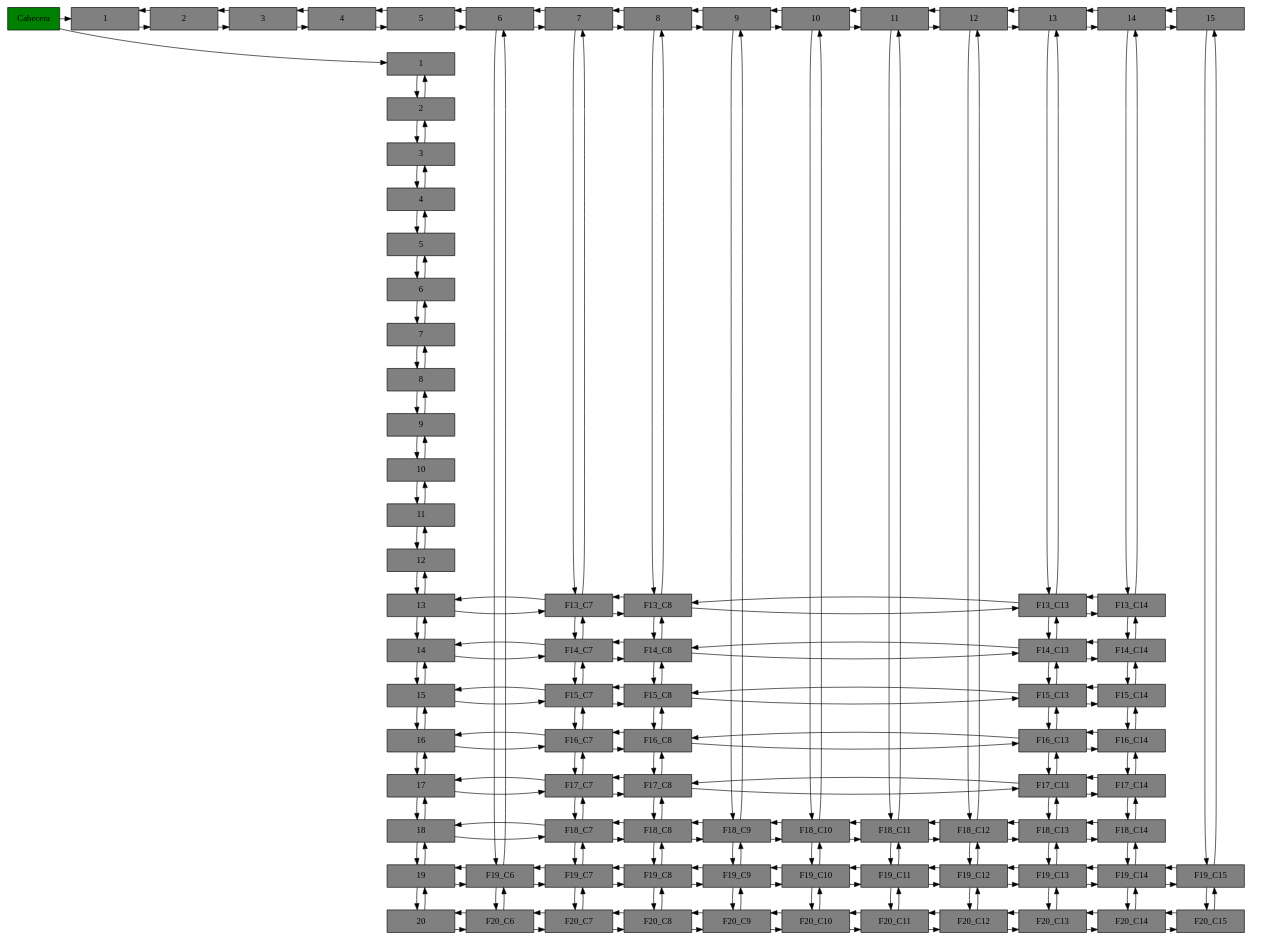
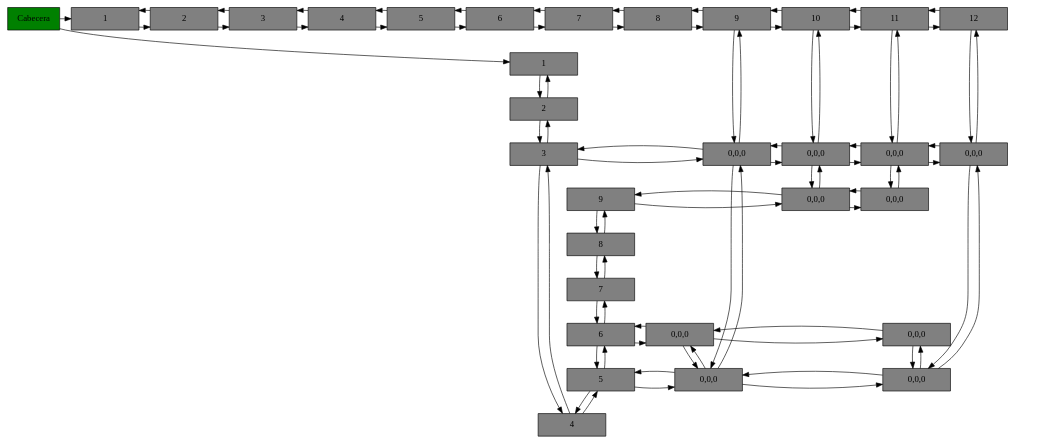
One commit to elimazariegos/EDD_2S2019_PY1_201709426 changed the diagram in ca.dot. Above: the diagram before and after it, drawn with Graphviz. The commit also changed 23 other files, not shown here.

```diff
--- a/ca.dot
+++ b/ca.dot
@@ -33,50 +33,6 @@
 f8->f9
 f9->f8
 f9[label="9"width = 1.5 style=filled, fillcolor=gray, group= 0 ]
-f10[label="10"width = 1.5 style=filled, fillcolor=gray, group= 0 ]
-f9->f10
-f10->f9
-f10[label="10"width = 1.5 style=filled, fillcolor=gray, group= 0 ]
-f11[label="11"width = 1.5 style=filled, fillcolor=gray, group= 0 ]
-f10->f11
-f11->f10
-f11[label="11"width = 1.5 style=filled, fillcolor=gray, group= 0 ]
-f12[label="12"width = 1.5 style=filled, fillcolor=gray, group= 0 ]
-f11->f12
-f12->f11
-f12[label="12"width = 1.5 style=filled, fillcolor=gray, group= 0 ]
-f13[label="13"width = 1.5 style=filled, fillcolor=gray, group= 0 ]
-f12->f13
-f13->f12
-f13[label="13"width = 1.5 style=filled, fillcolor=gray, group= 0 ]
-f14[label="14"width = 1.5 style=filled, fillcolor=gray, group= 0 ]
-f13->f14
-f14->f13
-f14[label="14"width = 1.5 style=filled, fillcolor=gray, group= 0 ]
-f15[label="15"width = 1.5 style=filled, fillcolor=gray, group= 0 ]
-f14->f15
-f15->f14
-f15[label="15"width = 1.5 style=filled, fillcolor=gray, group= 0 ]
-f16[label="16"width = 1.5 style=filled, fillcolor=gray, group= 0 ]
-f15->f16
-f16->f15
-f16[label="16"width = 1.5 style=filled, fillcolor=gray, group= 0 ]
-f17[label="17"width = 1.5 style=filled, fillcolor=gray, group= 0 ]
-f16->f17
-f17->f16
-f17[label="17"width = 1.5 style=filled, fillcolor=gray, group= 0 ]
-f18[label="18"width = 1.5 style=filled, fillcolor=gray, group= 0 ]
-f17->f18
-f18->f17
-f18[label="18"width = 1.5 style=filled, fillcolor=gray, group= 0 ]
-f19[label="19"width = 1.5 style=filled, fillcolor=gray, group= 0 ]
-f18->f19
-f19->f18
-f19[label="19"width = 1.5 style=filled, fillcolor=gray, group= 0 ]
-f20[label="20"width = 1.5 style=filled, fillcolor=gray, group= 0 ]
-f19->f20
-f20->f19
-f20[label="20"width = 1.5 style=filled, fillcolor=gray, group= 0 ]
 c1[label="1"width = 1.5 style=filled, fillcolor=gray, group= 1 ]
 c2[label="2"width = 1.5 style=filled, fillcolor=gray, group= 2 ]
 c1->c2
@@ -122,260 +78,68 @@
 c11->c12
 c12->c11
 c12[label="12"width = 1.5 style=filled, fillcolor=gray, group= 12 ]
-c13[label="13"width = 1.5 style=filled, fillcolor=gray, group= 13 ]
-c12->c13
-c13->c12
-c13[label="13"width = 1.5 style=filled, fillcolor=gray, group= 13 ]
-c14[label="14"width = 1.5 style=filled, fillcolor=gray, group= 14 ]
-c13->c14
-c14->c13
-c14[label="14"width = 1.5 style=filled, fillcolor=gray, group= 14 ]
-c15[label="15"width = 1.5 style=filled, fillcolor=gray, group= 15 ]
-c14->c15
-c15->c14
-c15[label="15"width = 1.5 style=filled, fillcolor=gray, group= 15 ]
-F13_C7[width = 1.5 style=filled, fillcolor=gray, group= 7, rank = f13;]
-F13_C7->F13_C8
-F13_C7->F14_C7
-f13->F13_C7
-F13_C7->f13
-c7->F13_C7
-F13_C7->c7
-F13_C8[width = 1.5 style=filled, fillcolor=gray, group= 8, rank = f13;]
-F13_C8->F13_C13
-F13_C8->F14_C8
-F13_C8->F13_C7
-c8->F13_C8
-F13_C8->c8
-F13_C13[width = 1.5 style=filled, fillcolor=gray, group= 13, rank = f13;]
-F13_C13->F13_C14
-F13_C13->F14_C13
-F13_C13->F13_C8
-c13->F13_C13
-F13_C13->c13
-F13_C14[width = 1.5 style=filled, fillcolor=gray, group= 14, rank = f13;]
-F13_C14->F14_C14
-F13_C14->F13_C13
-c14->F13_C14
-F13_C14->c14
-F14_C7[width = 1.5 style=filled, fillcolor=gray, group= 7, rank = f14;]
-F14_C7->F14_C8
-F14_C7->F15_C7
-F14_C7->F13_C7
-f14->F14_C7
-F14_C7->f14
-F14_C8[width = 1.5 style=filled, fillcolor=gray, group= 8, rank = f14;]
-F14_C8->F14_C13
-F14_C8->F15_C8
-F14_C8->F13_C8
-F14_C8->F14_C7
-F14_C13[width = 1.5 style=filled, fillcolor=gray, group= 13, rank = f14;]
-F14_C13->F14_C14
-F14_C13->F15_C13
-F14_C13->F13_C13
-F14_C13->F14_C8
-F14_C14[width = 1.5 style=filled, fillcolor=gray, group= 14, rank = f14;]
-F14_C14->F15_C14
-F14_C14->F13_C14
-F14_C14->F14_C13
-F15_C7[width = 1.5 style=filled, fillcolor=gray, group= 7, rank = f15;]
-F15_C7->F15_C8
-F15_C7->F16_C7
-F15_C7->F14_C7
-f15->F15_C7
-F15_C7->f15
-F15_C8[width = 1.5 style=filled, fillcolor=gray, group= 8, rank = f15;]
-F15_C8->F15_C13
-F15_C8->F16_C8
-F15_C8->F14_C8
-F15_C8->F15_C7
-F15_C13[width = 1.5 style=filled, fillcolor=gray, group= 13, rank = f15;]
-F15_C13->F15_C14
-F15_C13->F16_C13
-F15_C13->F14_C13
-F15_C13->F15_C8
-F15_C14[width = 1.5 style=filled, fillcolor=gray, group= 14, rank = f15;]
-F15_C14->F16_C14
-F15_C14->F14_C14
-F15_C14->F15_C13
-F16_C7[width = 1.5 style=filled, fillcolor=gray, group= 7, rank = f16;]
-F16_C7->F16_C8
-F16_C7->F17_C7
-F16_C7->F15_C7
-f16->F16_C7
-F16_C7->f16
-F16_C8[width = 1.5 style=filled, fillcolor=gray, group= 8, rank = f16;]
-F16_C8->F16_C13
-F16_C8->F17_C8
-F16_C8->F15_C8
-F16_C8->F16_C7
-F16_C13[width = 1.5 style=filled, fillcolor=gray, group= 13, rank = f16;]
-F16_C13->F16_C14
-F16_C13->F17_C13
-F16_C13->F15_C13
-F16_C13->F16_C8
-F16_C14[width = 1.5 style=filled, fillcolor=gray, group= 14, rank = f16;]
-F16_C14->F17_C14
-F16_C14->F15_C14
-F16_C14->F16_C13
-F17_C7[width = 1.5 style=filled, fillcolor=gray, group= 7, rank = f17;]
-F17_C7->F17_C8
-F17_C7->F18_C7
-F17_C7->F16_C7
-f17->F17_C7
-F17_C7->f17
-F17_C8[width = 1.5 style=filled, fillcolor=gray, group= 8, rank = f17;]
-F17_C8->F17_C13
-F17_C8->F18_C8
-F17_C8->F16_C8
-F17_C8->F17_C7
-F17_C13[width = 1.5 style=filled, fillcolor=gray, group= 13, rank = f17;]
-F17_C13->F17_C14
-F17_C13->F18_C13
-F17_C13->F16_C13
-F17_C13->F17_C8
-F17_C14[width = 1.5 style=filled, fillcolor=gray, group= 14, rank = f17;]
-F17_C14->F18_C14
-F17_C14->F16_C14
-F17_C14->F17_C13
-F18_C7[width = 1.5 style=filled, fillcolor=gray, group= 7, rank = f18;]
-F18_C7->F18_C8
-F18_C7->F19_C7
-F18_C7->F17_C7
-f18->F18_C7
-F18_C7->f18
-F18_C8[width = 1.5 style=filled, fillcolor=gray, group= 8, rank = f18;]
-F18_C8->F18_C9
-F18_C8->F19_C8
-F18_C8->F17_C8
-F18_C8->F18_C7
-F18_C9[width = 1.5 style=filled, fillcolor=gray, group= 9, rank = f18;]
-F18_C9->F18_C10
-F18_C9->F19_C9
-F18_C9->F18_C8
-c9->F18_C9
-F18_C9->c9
-F18_C10[width = 1.5 style=filled, fillcolor=gray, group= 10, rank = f18;]
-F18_C10->F18_C11
-F18_C10->F19_C10
-F18_C10->F18_C9
-c10->F18_C10
-F18_C10->c10
-F18_C11[width = 1.5 style=filled, fillcolor=gray, group= 11, rank = f18;]
-F18_C11->F18_C12
-F18_C11->F19_C11
-F18_C11->F18_C10
-c11->F18_C11
-F18_C11->c11
-F18_C12[width = 1.5 style=filled, fillcolor=gray, group= 12, rank = f18;]
-F18_C12->F18_C13
-F18_C12->F19_C12
-F18_C12->F18_C11
-c12->F18_C12
-F18_C12->c12
-F18_C13[width = 1.5 style=filled, fillcolor=gray, group= 13, rank = f18;]
-F18_C13->F18_C14
-F18_C13->F19_C13
-F18_C13->F17_C13
-F18_C13->F18_C12
-F18_C14[width = 1.5 style=filled, fillcolor=gray, group= 14, rank = f18;]
-F18_C14->F19_C14
-F18_C14->F17_C14
-F18_C14->F18_C13
-F19_C6[width = 1.5 style=filled, fillcolor=gray, group= 6, rank = f19;]
-F19_C6->F19_C7
-F19_C6->F20_C6
-f19->F19_C6
-F19_C6->f19
-c6->F19_C6
-F19_C6->c6
-F19_C7[width = 1.5 style=filled, fillcolor=gray, group= 7, rank = f19;]
-F19_C7->F19_C8
-F19_C7->F20_C7
-F19_C7->F18_C7
-F19_C7->F19_C6
-F19_C8[width = 1.5 style=filled, fillcolor=gray, group= 8, rank = f19;]
-F19_C8->F19_C9
-F19_C8->F20_C8
-F19_C8->F18_C8
-F19_C8->F19_C7
-F19_C9[width = 1.5 style=filled, fillcolor=gray, group= 9, rank = f19;]
-F19_C9->F19_C10
-F19_C9->F20_C9
-F19_C9->F18_C9
-F19_C9->F19_C8
-F19_C10[width = 1.5 style=filled, fillcolor=gray, group= 10, rank = f19;]
-F19_C10->F19_C11
-F19_C10->F20_C10
-F19_C10->F18_C10
-F19_C10->F19_C9
-F19_C11[width = 1.5 style=filled, fillcolor=gray, group= 11, rank = f19;]
-F19_C11->F19_C12
-F19_C11->F20_C11
-F19_C11->F18_C11
-F19_C11->F19_C10
-F19_C12[width = 1.5 style=filled, fillcolor=gray, group= 12, rank = f19;]
-F19_C12->F19_C13
-F19_C12->F20_C12
-F19_C12->F18_C12
-F19_C12->F19_C11
-F19_C13[width = 1.5 style=filled, fillcolor=gray, group= 13, rank = f19;]
-F19_C13->F19_C14
-F19_C13->F20_C13
-F19_C13->F18_C13
-F19_C13->F19_C12
-F19_C14[width = 1.5 style=filled, fillcolor=gray, group= 14, rank = f19;]
-F19_C14->F19_C15
-F19_C14->F20_C14
-F19_C14->F18_C14
-F19_C14->F19_C13
-F19_C15[width = 1.5 style=filled, fillcolor=gray, group= 15, rank = f19;]
-F19_C15->F20_C15
-F19_C15->F19_C14
-c15->F19_C15
-F19_C15->c15
-F20_C6[width = 1.5 style=filled, fillcolor=gray, group= 6, rank = f20;]
-F20_C6->F20_C7
-F20_C6->F19_C6
-f20->F20_C6
-F20_C6->f20
-F20_C7[width = 1.5 style=filled, fillcolor=gray, group= 7, rank = f20;]
-F20_C7->F20_C8
-F20_C7->F19_C7
-F20_C7->F20_C6
-F20_C8[width = 1.5 style=filled, fillcolor=gray, group= 8, rank = f20;]
-F20_C8->F20_C9
-F20_C8->F19_C8
-F20_C8->F20_C7
-F20_C9[width = 1.5 style=filled, fillcolor=gray, group= 9, rank = f20;]
-F20_C9->F20_C10
-F20_C9->F19_C9
-F20_C9->F20_C8
-F20_C10[width = 1.5 style=filled, fillcolor=gray, group= 10, rank = f20;]
-F20_C10->F20_C11
-F20_C10->F19_C10
-F20_C10->F20_C9
-F20_C11[width = 1.5 style=filled, fillcolor=gray, group= 11, rank = f20;]
-F20_C11->F20_C12
-F20_C11->F19_C11
-F20_C11->F20_C10
-F20_C12[width = 1.5 style=filled, fillcolor=gray, group= 12, rank = f20;]
-F20_C12->F20_C13
-F20_C12->F19_C12
-F20_C12->F20_C11
-F20_C13[width = 1.5 style=filled, fillcolor=gray, group= 13, rank = f20;]
-F20_C13->F20_C14
-F20_C13->F19_C13
-F20_C13->F20_C12
-F20_C14[width = 1.5 style=filled, fillcolor=gray, group= 14, rank = f20;]
-F20_C14->F20_C15
-F20_C14->F19_C14
-F20_C14->F20_C13
-F20_C15[width = 1.5 style=filled, fillcolor=gray, group= 15, rank = f20;]
-F20_C15->F19_C15
-F20_C15->F20_C14
-{rank = same f1;}{rank = same f2;}{rank = same f3;}{rank = same f4;}{rank = same f5;}{rank = same f6;}{rank = same f7;}{rank = same f8;}{rank = same f9;}{rank = same f10;}{rank = same f11;}{rank = same f12;}{rank = same f13;F13_C7;F13_C8;F13_C13;F13_C14;}{rank = same f14;F14_C7;F14_C8;F14_C13;F14_C14;}{rank = same f15;F15_C7;F15_C8;F15_C13;F15_C14;}{rank = same f16;F16_C7;F16_C8;F16_C13;F16_C14;}{rank = same f17;F17_C7;F17_C8;F17_C13;F17_C14;}{rank = same f18;F18_C7;F18_C8;F18_C9;F18_C10;F18_C11;F18_C12;F18_C13;F18_C14;}{rank = same f19;F19_C6;F19_C7;F19_C8;F19_C9;F19_C10;F19_C11;F19_C12;F19_C13;F19_C14;F19_C15;}{rank = same f20;F20_C6;F20_C7;F20_C8;F20_C9;F20_C10;F20_C11;F20_C12;F20_C13;F20_C14;F20_C15;}{rank = same;Cabecera;
-c1;c2;c3;c4;c5;c6;c7;c8;c9;c10;c11;c12;c13;c14;c15;}
+F3_C9[width = 1.5 style=filled, fillcolor=gray, group= 9, rank = f3;]
+F3_C9[label="0,0,0"]
+F3_C9->F3_C10
+F3_C9->F5_C9
+f3->F3_C9
+F3_C9->f3
+c9->F3_C9
+F3_C9->c9
+F3_C10[width = 1.5 style=filled, fillcolor=gray, group= 10, rank = f3;]
+F3_C10[label="0,0,0"]
+F3_C10->F3_C11
+F3_C10->F9_C10
+F3_C10->F3_C9
+c10->F3_C10
+F3_C10->c10
+F3_C11[width = 1.5 style=filled, fillcolor=gray, group= 11, rank = f3;]
+F3_C11[label="0,0,0"]
+F3_C11->F3_C12
+F3_C11->F9_C11
+F3_C11->F3_C10
+c11->F3_C11
+F3_C11->c11
+F3_C12[width = 1.5 style=filled, fillcolor=gray, group= 12, rank = f3;]
+F3_C12[label="0,0,0"]
+F3_C12->F5_C12
+F3_C12->F3_C11
+c12->F3_C12
+F3_C12->c12
+F5_C9[width = 1.5 style=filled, fillcolor=gray, group= 9, rank = f5;]
+F5_C9[label="0,0,0"]
+F5_C9->F5_C12
+F5_C9->F6_C9
+F5_C9->F3_C9
+f5->F5_C9
+F5_C9->f5
+F5_C12[width = 1.5 style=filled, fillcolor=gray, group= 12, rank = f5;]
+F5_C12[label="0,0,0"]
+F5_C12->F6_C12
+F5_C12->F3_C12
+F5_C12->F5_C9
+F6_C9[width = 1.5 style=filled, fillcolor=gray, group= 9, rank = f6;]
+F6_C9[label="0,0,0"]
+F6_C9->F6_C12
+F6_C9->F5_C9
+f6->F6_C9
+F6_C9->f6
+F6_C12[width = 1.5 style=filled, fillcolor=gray, group= 12, rank = f6;]
+F6_C12[label="0,0,0"]
+F6_C12->F5_C12
+F6_C12->F6_C9
+F9_C10[width = 1.5 style=filled, fillcolor=gray, group= 10, rank = f9;]
+F9_C10[label="0,0,0"]
+F9_C10->F9_C11
+F9_C10->F3_C10
+f9->F9_C10
+F9_C10->f9
+F9_C11[width = 1.5 style=filled, fillcolor=gray, group= 11, rank = f9;]
+F9_C11[label="0,0,0"]
+F9_C11->F3_C11
+F9_C11->F9_C10
+{rank = same f1;}{rank = same f2;}{rank = same f3;F3_C9;F3_C10;F3_C11;F3_C12;}{rank = same f4;}{rank = same f5;F5_C9;F5_C12;}{rank = same f6;F6_C9;F6_C12;}{rank = same f7;}{rank = same f8;}{rank = same f9;F9_C10;F9_C11;}{rank = same;Cabecera;
+c1;c2;c3;c4;c5;c6;c7;c8;c9;c10;c11;c12;}
 Cabecera->f1
 Cabecera->c1
 }
```
